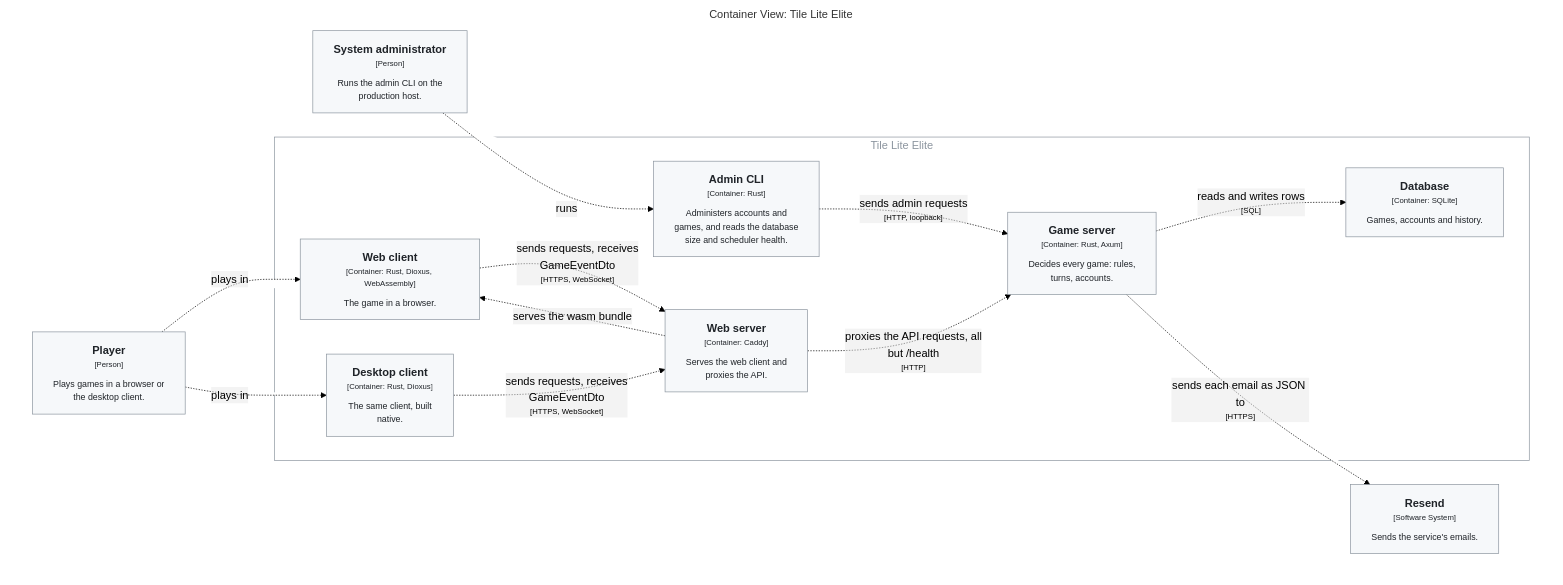
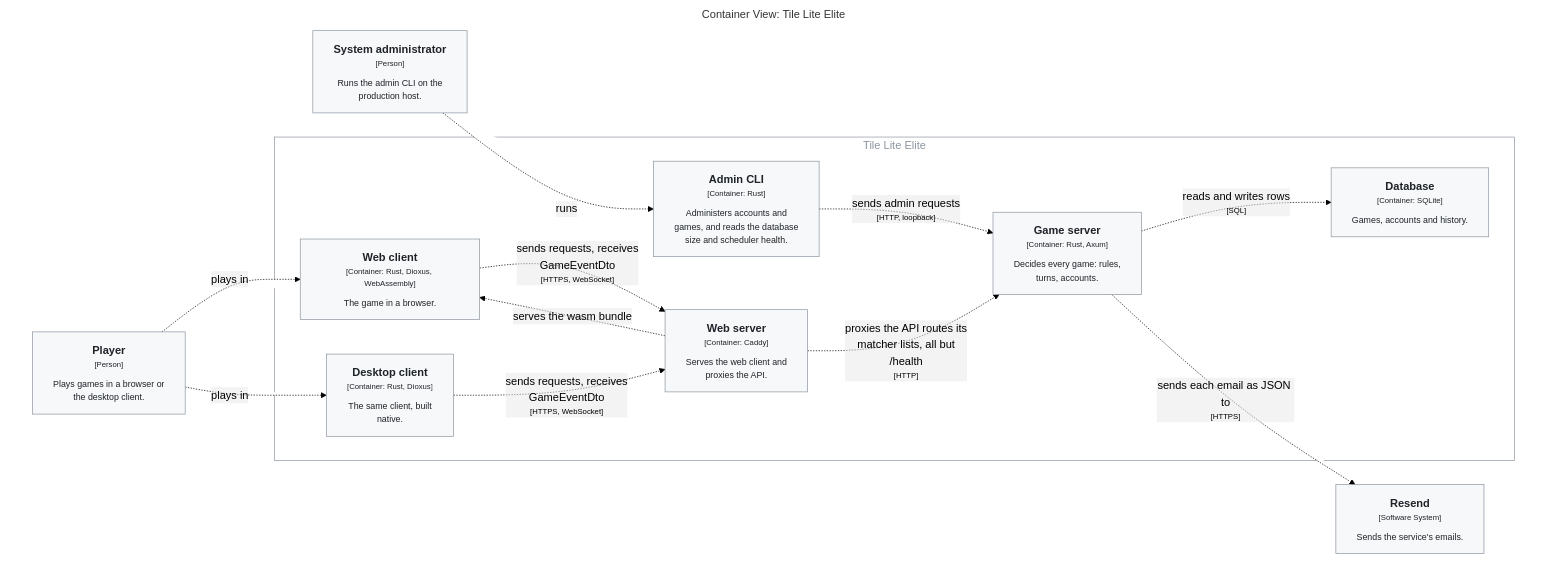
One commit to delphside/tile-lite-elite changed the first of 5 diagrams in docs/4.2.0-design-map.md. Above: the diagram before and after it, drawn with Mermaid (forest theme). The commit also changed other lines of this file and 5 other files, not shown here.

````diff
--- a/docs/4.2.0-design-map.md
+++ b/docs/4.2.0-design-map.md
@@ -12,44 +12,44 @@
 ```mermaid
 graph TB
   linkStyle default fill:#ffffff
 
   subgraph diagram ["Container View: Tile Lite Elite"]
     style diagram fill:#ffffff,stroke:#ffffff
 
     1["<div style='font-weight: bold'>Player</div><div style='font-size: 70%; margin-top: 0px'>[Person]</div><div style='font-size: 80%; margin-top:10px'>Plays games in a browser or<br />the desktop client.</div>"]
     style 1 fill:#f6f8fa,stroke:#8c959f,color:#1f2328
     2["<div style='font-weight: bold'>System administrator</div><div style='font-size: 70%; margin-top: 0px'>[Person]</div><div style='font-size: 80%; margin-top:10px'>Runs the admin CLI on the<br />production host.</div>"]
     style 2 fill:#f6f8fa,stroke:#8c959f,color:#1f2328
     3["<div style='font-weight: bold'>Resend</div><div style='font-size: 70%; margin-top: 0px'>[Software System]</div><div style='font-size: 80%; margin-top:10px'>Sends the service's emails.</div>"]
     style 3 fill:#f6f8fa,stroke:#8c959f,color:#1f2328
 
     subgraph 4 ["Tile Lite Elite"]
       style 4 fill:#ffffff,stroke:#8c959f,color:#8c959f
 
       27["<div style='font-weight: bold'>Database</div><div style='font-size: 70%; margin-top: 0px'>[Container: SQLite]</div><div style='font-size: 80%; margin-top:10px'>Games, accounts and history.</div>"]
       style 27 fill:#f6f8fa,stroke:#8c959f,color:#1f2328
       5["<div style='font-weight: bold'>Web client</div><div style='font-size: 70%; margin-top: 0px'>[Container: Rust, Dioxus, WebAssembly]</div><div style='font-size: 80%; margin-top:10px'>The game in a browser.</div>"]
       style 5 fill:#f6f8fa,stroke:#8c959f,color:#1f2328
       6["<div style='font-weight: bold'>Desktop client</div><div style='font-size: 70%; margin-top: 0px'>[Container: Rust, Dioxus]</div><div style='font-size: 80%; margin-top:10px'>The same client, built<br />native.</div>"]
       style 6 fill:#f6f8fa,stroke:#8c959f,color:#1f2328
       7["<div style='font-weight: bold'>Web server</div><div style='font-size: 70%; margin-top: 0px'>[Container: Caddy]</div><div style='font-size: 80%; margin-top:10px'>Serves the web client and<br />proxies the API.</div>"]
       style 7 fill:#f6f8fa,stroke:#8c959f,color:#1f2328
       8["<div style='font-weight: bold'>Admin CLI</div><div style='font-size: 70%; margin-top: 0px'>[Container: Rust]</div><div style='font-size: 80%; margin-top:10px'>Administers accounts and<br />games, and reads the database<br />size and scheduler health.</div>"]
       style 8 fill:#f6f8fa,stroke:#8c959f,color:#1f2328
       9["<div style='font-weight: bold'>Game server</div><div style='font-size: 70%; margin-top: 0px'>[Container: Rust, Axum]</div><div style='font-size: 80%; margin-top:10px'>Decides every game: rules,<br />turns, accounts.</div>"]
       style 9 fill:#f6f8fa,stroke:#8c959f,color:#1f2328
     end
 
     1-. "<div>plays in</div><div style='font-size: 70%'></div>" .->5
     1-. "<div>plays in</div><div style='font-size: 70%'></div>" .->6
     2-. "<div>runs</div><div style='font-size: 70%'></div>" .->8
     7-. "<div>serves the wasm bundle</div><div style='font-size: 70%'></div>" .->5
     5-. "<div>sends requests, receives<br />GameEventDto</div><div style='font-size: 70%'>[HTTPS, WebSocket]</div>" .->7
     6-. "<div>sends requests, receives<br />GameEventDto</div><div style='font-size: 70%'>[HTTPS, WebSocket]</div>" .->7
-    7-. "<div>proxies the API requests, all<br />but /health</div><div style='font-size: 70%'>[HTTP]</div>" .->9
+    7-. "<div>proxies the API routes its<br />matcher lists, all but<br />/health</div><div style='font-size: 70%'>[HTTP]</div>" .->9
     8-. "<div>sends admin requests</div><div style='font-size: 70%'>[HTTP, loopback]</div>" .->9
     9-. "<div>reads and writes rows</div><div style='font-size: 70%'>[SQL]</div>" .->27
     9-. "<div>sends each email as JSON to</div><div style='font-size: 70%'>[HTTPS]</div>" .->3
 
   end
 ```
````
